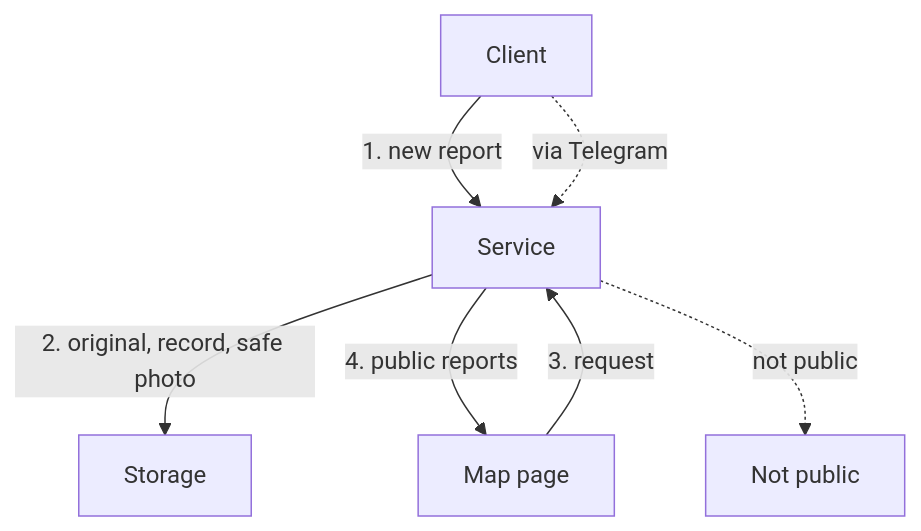
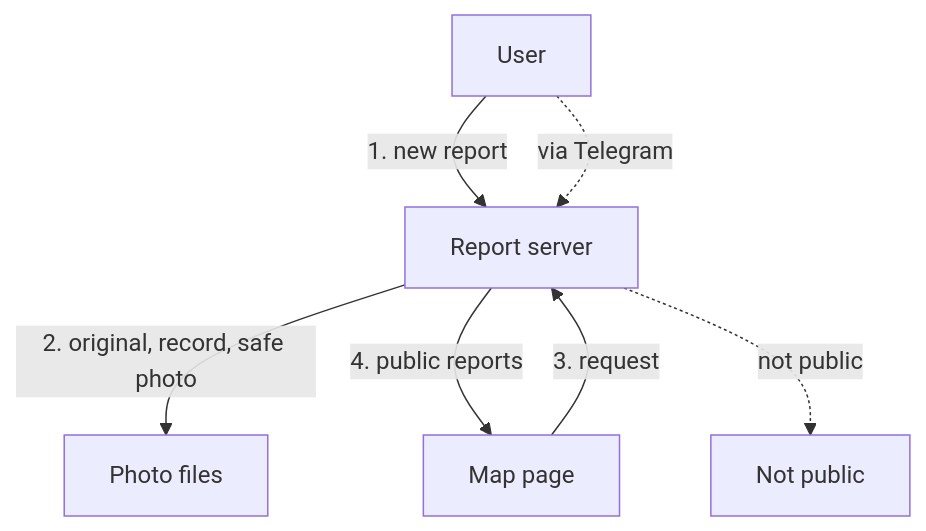
The diagram in skills/plain-explain/examples/out/street-reports-report-flow.tech-lead.md (skad0/skills), drawn with Mermaid before and after one commit. The commit also changed other lines of this file and 24 other files, not shown here.

````diff
--- a/skills/plain-explain/examples/out/street-reports-report-flow.tech-lead.md
+++ b/skills/plain-explain/examples/out/street-reports-report-flow.tech-lead.md
@@ -5,14 +5,14 @@
 ```mermaid
 flowchart TB
-  client["Client"]
-  service["Service"]
-  storage["Storage"]
+  client["User"]
+  service["Report server"]
+  storage["Photo files"]
   map["Map page"]
   held["Not public"]
   client -->|"1. new report"| service
   service -->|"2. original, record, safe photo"| storage
   map -->|"3. request"| service
   service -->|"4. public reports"| map
   service -.->|"not public"| held
   client -.->|"via Telegram"| service
 ```
````
